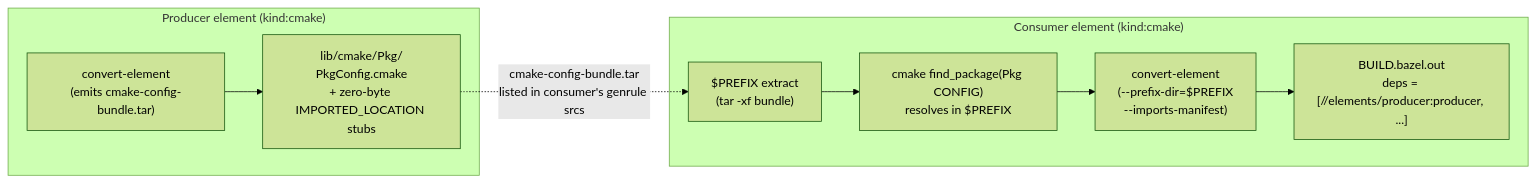
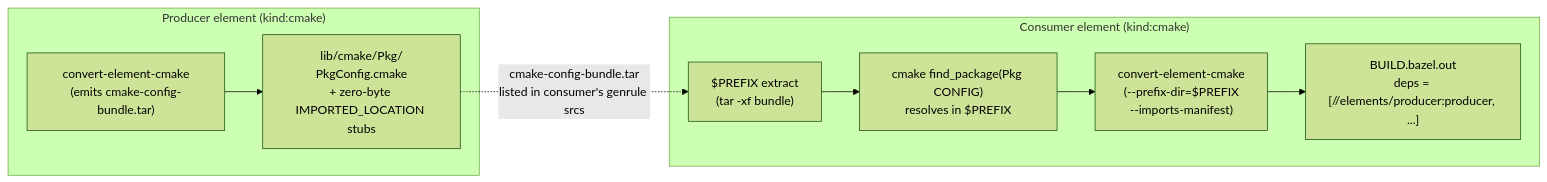
One commit to sstriker/buildstream-bazel changed the ninth of 14 diagrams in docs/visual-guide.md. Above: the diagram before and after it, drawn with Mermaid (forest theme). The commit also changed other lines of this file and 127 other files, not shown here.

````diff
--- a/docs/visual-guide.md
+++ b/docs/visual-guide.md
@@ -248,20 +248,20 @@
 ```mermaid
 flowchart LR
     subgraph PROD["Producer element (kind:cmake)"]
-        PCONV["convert-element\n(emits cmake-config-bundle.tar)"]
+        PCONV["convert-element-cmake\n(emits cmake-config-bundle.tar)"]
         PBUNDLE["lib/cmake/Pkg/\nPkgConfig.cmake\n+ zero-byte IMPORTED_LOCATION stubs"]
     end
 
     subgraph CONS["Consumer element (kind:cmake)"]
         EXTRACT["$PREFIX extract\n(tar -xf bundle)"]
         CFIND["cmake find_package(Pkg CONFIG)\nresolves in $PREFIX"]
-        CCONV["convert-element\n(--prefix-dir=$PREFIX\n--imports-manifest)"]
+        CCONV["convert-element-cmake\n(--prefix-dir=$PREFIX\n--imports-manifest)"]
         CDEPS["BUILD.bazel.out\ndeps = [//elements/producer:producer, ...]"]
     end
 
     PCONV --> PBUNDLE
     PBUNDLE -. "cmake-config-bundle.tar\nlisted in consumer's genrule srcs" .-> EXTRACT
     EXTRACT --> CFIND
     CFIND --> CCONV
     CCONV --> CDEPS
 ```
````
